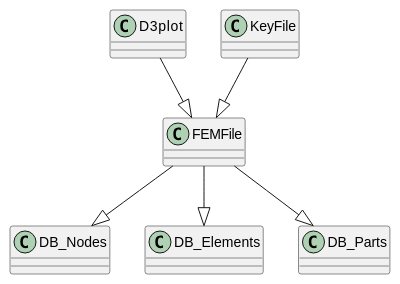
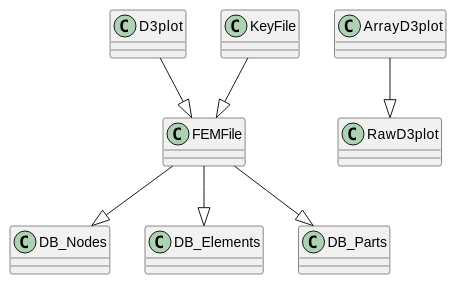
The diagram in docs/source/developer_guide.rst (qd-cae/qd-cae-python), drawn with PlantUML before and after one commit. The commit also changed 4 other files, not shown here.

Commit message:
still working on ArrayD3plot

```diff
--- a/docs/source/developer_guide.rst
+++ b/docs/source/developer_guide.rst
@@ -131,10 +131,11 @@
 .. uml::
     
     @startuml
     
     FEMFile --|> DB_Nodes
     FEMFile --|> DB_Elements
     FEMFile --|> DB_Parts
     D3plot  --|> FEMFile
     KeyFile --|> FEMFile
-    @enduml
+    ArrayD3plot --|> RawD3plot
+    @endum
```
